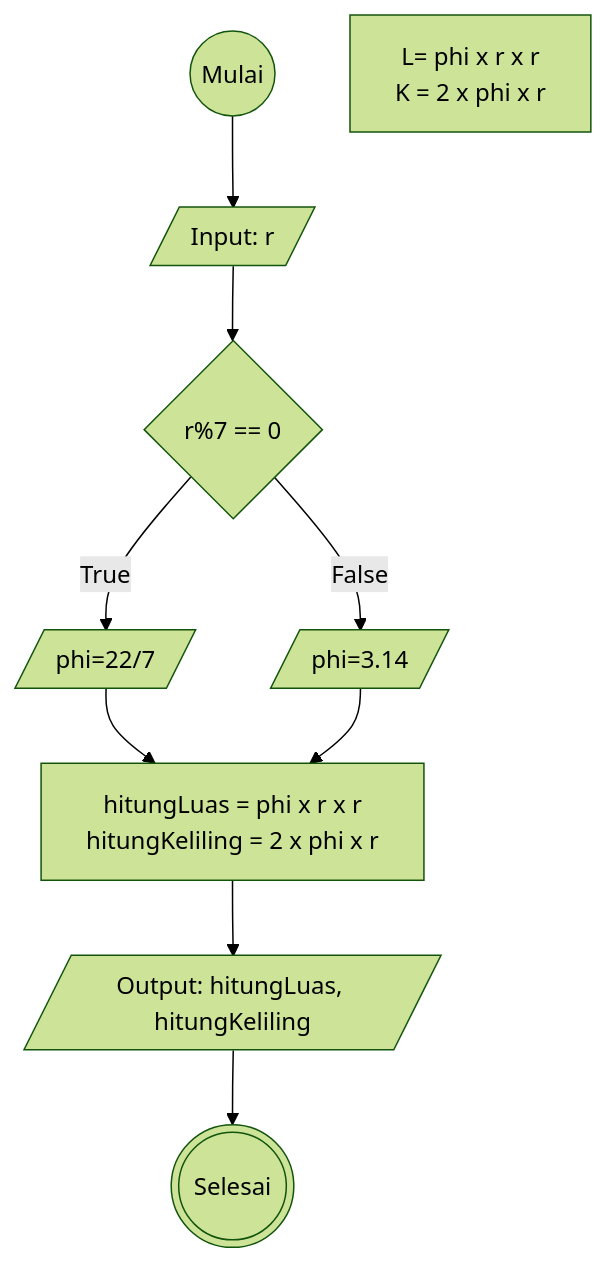
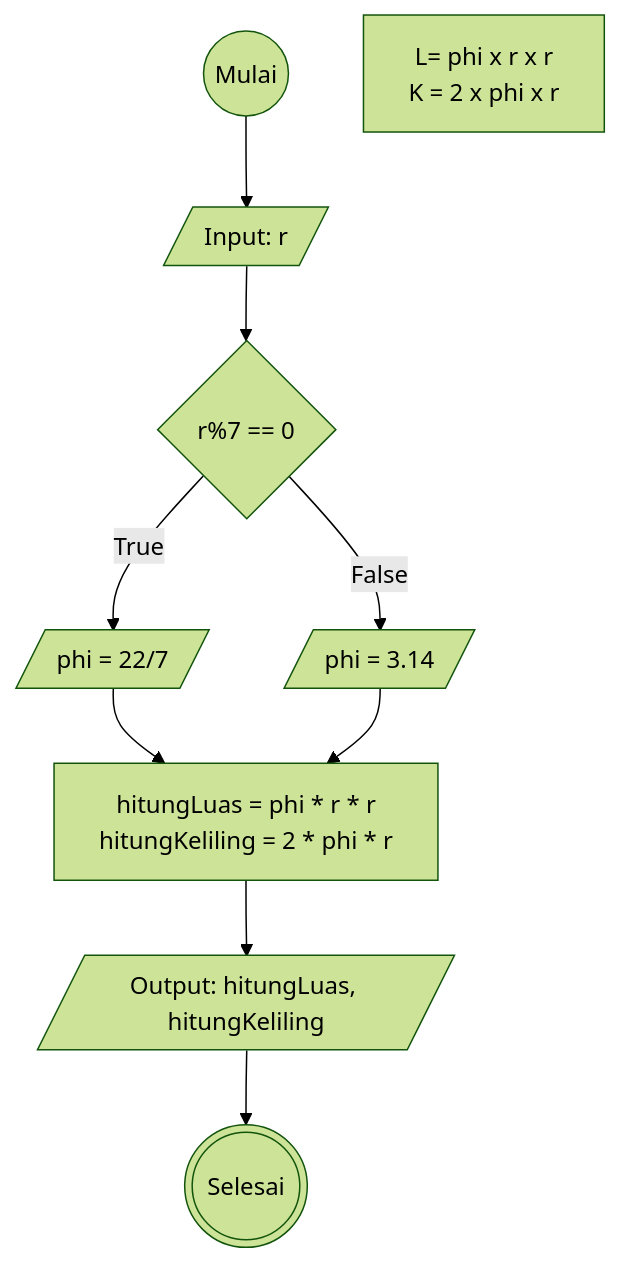
Before and after one commit to mslthn/koda-b6-algoritma: the diagram in flowchart-luas-keliling-lingkaran.md, drawn with Mermaid (forest theme).

````diff
--- a/flowchart-luas-keliling-lingkaran.md
+++ b/flowchart-luas-keliling-lingkaran.md
@@ -1,20 +1,20 @@
 ```mermaid
 flowchart TD
     mulai@{ shape: circ, label: "Mulai"}
     dec@{ shape: rect, label: "L= phi x r x r
     K = 2 x phi x r
     "}
     input@{ shape: lean-r, label: "Input: r"}
     if@{shape: diamond, label: "r%7 == 0"}
-    inP7@{ shape: lean-r, label: "phi=22/7"}
-    inP3@{ shape: lean-r, label: "phi=3.14"}
-    pros@{ shape: rect, label: "hitungLuas = phi x r x r
-    hitungKeliling = 2 x phi x r"}
+    inP7@{ shape: lean-r, label: "phi = 22/7"}
+    inP3@{ shape: lean-r, label: "phi = 3.14"}
+    pros@{ shape: rect, label: "hitungLuas = phi * r * r
+    hitungKeliling = 2 * phi * r"}
     out@{ shape: lean-r, label: "Output: hitungLuas, hitungKeliling"}
     selesai@{ shape: dbl-circ, label: "Selesai"}
     
 mulai-->input-->if
 if-->|True| inP7-->pros
 if-->|False| inP3-->pros
 pros-->out-->selesai
 ```
````
